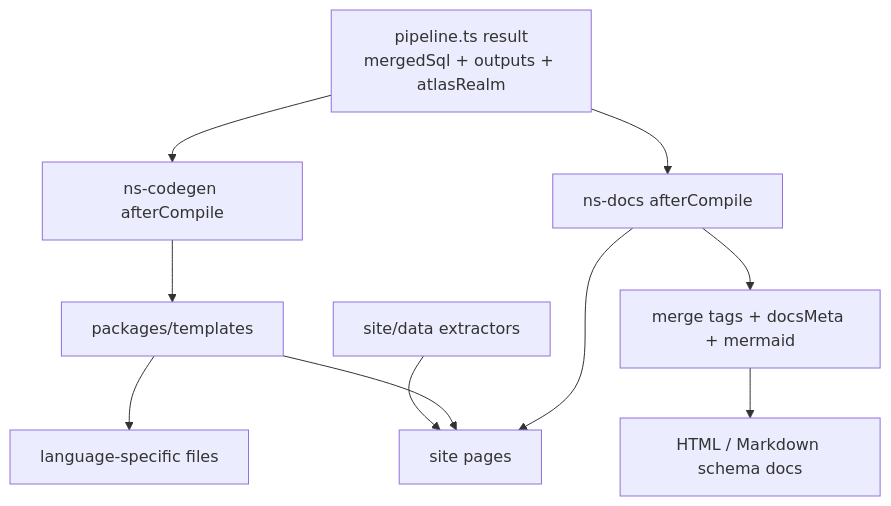
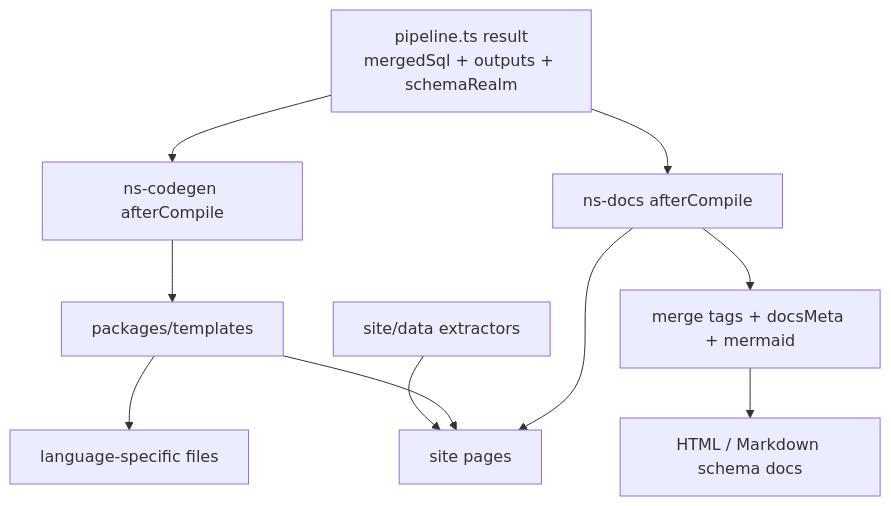
One commit to elliots/sqldoc changed the diagram in dev-docs/project-output.md. Above: the diagram before and after it, drawn with Mermaid. The commit also changed other lines of this file and 70 other files, not shown here.

````diff
--- a/dev-docs/project-output.md
+++ b/dev-docs/project-output.md
@@ -9,12 +9,12 @@
 ```mermaid
 flowchart TD
-  A["pipeline.ts result<br/>mergedSql + outputs + atlasRealm"] --> B["ns-codegen afterCompile"]
+  A["pipeline.ts result<br/>mergedSql + outputs + schemaRealm"] --> B["ns-codegen afterCompile"]
   A --> C["ns-docs afterCompile"]
   B --> D["packages/templates"]
   D --> E["language-specific files"]
   C --> F["merge tags + docsMeta + mermaid"]
   F --> G["HTML / Markdown schema docs"]
   H["site/data extractors"] --> I["site pages"]
   D --> I
   C --> I
 ```
````
